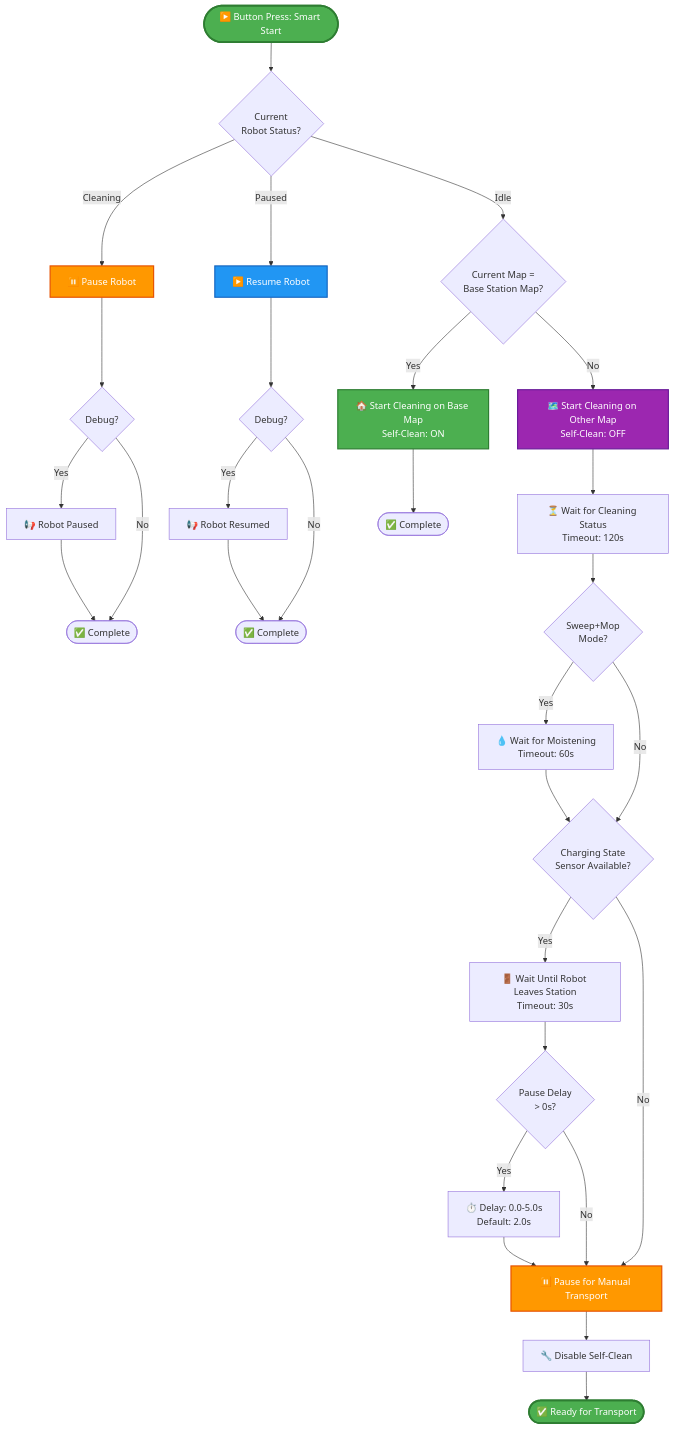
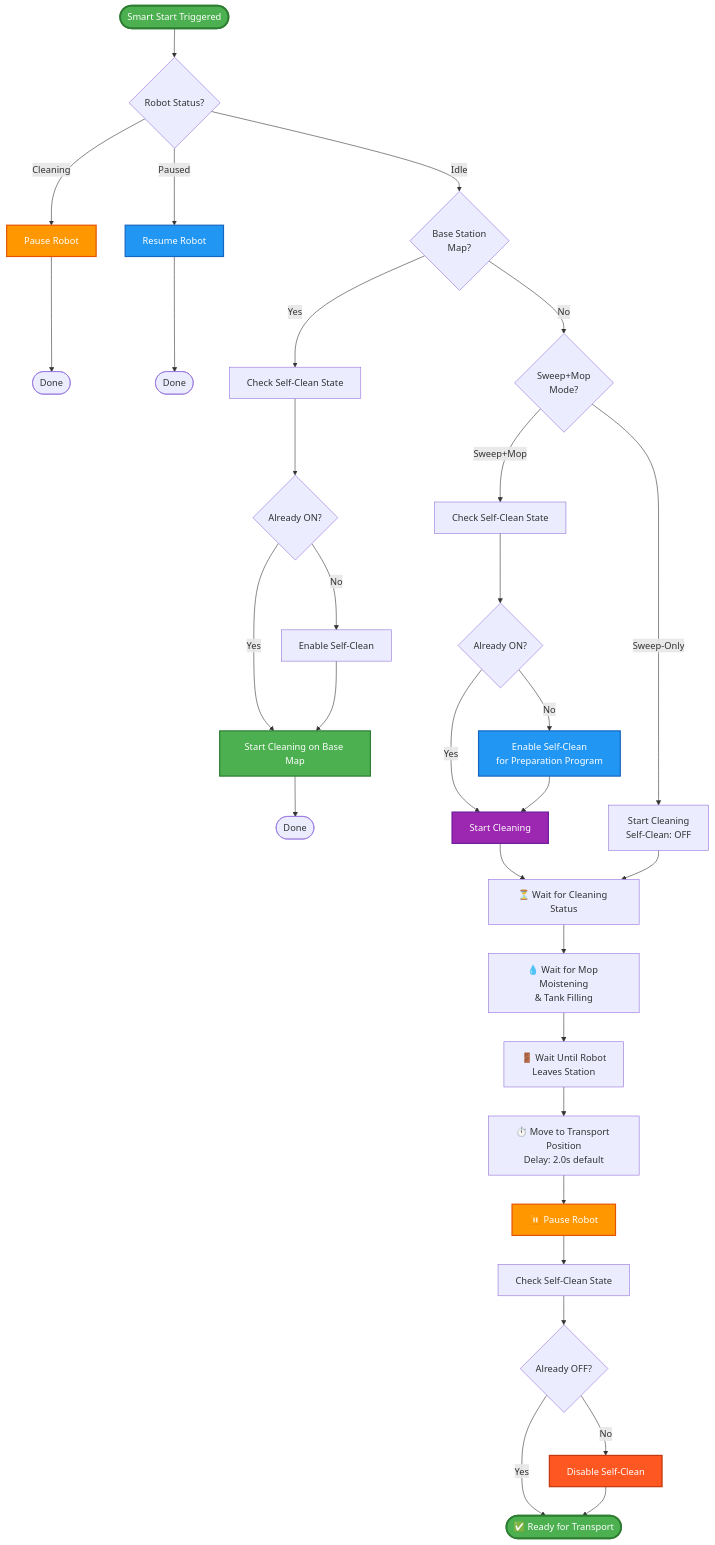
Before and after one commit to errormastern/Dreame_Multifloor_Button_Control: the diagram in README.md, drawn with Mermaid. The commit also changed other lines of this file, not shown here.

````diff
--- a/README.md
+++ b/README.md
@@ -118,50 +92,52 @@
 ```mermaid
 flowchart TD
-    Start([▶️ Button Press: Smart Start]) --> GetStatus{Current<br/>Robot Status?}
+    Start([Smart Start Triggered]) --> GetStatus{Robot Status?}
 
-    GetStatus -->|Cleaning| PauseAction[⏸️ Pause Robot]
-    GetStatus -->|Paused| ResumeAction[▶️ Resume Robot]
-    GetStatus -->|Idle| CheckMap{Current Map =<br/>Base Station Map?}
+    GetStatus -->|Cleaning| Pause[Pause Robot]
+    GetStatus -->|Paused| Resume[Resume Robot]
+    GetStatus -->|Idle| CheckMap{Base Station<br/>Map?}
 
-    PauseAction --> DebugPause{Debug?}
-    ResumeAction --> DebugResume{Debug?}
+    Pause --> End1([Done])
+    Resume --> End2([Done])
 
-    DebugPause -->|Yes| NotifyPause[📢 Robot Paused]
-    DebugPause -->|No| EndPause([✅ Complete])
-    DebugResume -->|Yes| NotifyResume[📢 Robot Resumed]
-    DebugResume -->|No| EndResume([✅ Complete])
+    CheckMap -->|Yes| EnableSelfClean1[Check Self-Clean State]
+    CheckMap -->|No| CheckMode{Sweep+Mop<br/>Mode?}
 
-    NotifyPause --> EndPause
-    NotifyResume --> EndResume
+    EnableSelfClean1 --> SelfCleanOn1{Already ON?}
+    SelfCleanOn1 -->|No| TurnOnSelfClean1[Enable Self-Clean]
+    SelfCleanOn1 -->|Yes| StartBase
+    TurnOnSelfClean1 --> StartBase[Start Cleaning on Base Map]
+    StartBase --> End3([Done])
 
-    CheckMap -->|Yes| StartBase[🏠 Start Cleaning on Base Map<br/>Self-Clean: ON]
-    CheckMap -->|No| StartOther[🗺️ Start Cleaning on Other Map<br/>Self-Clean: OFF]
+    CheckMode -->|Sweep-Only| StartOther[Start Cleaning<br/>Self-Clean: OFF]
+    CheckMode -->|Sweep+Mop| EnableSelfClean2[Check Self-Clean State]
 
-    StartBase --> EndBase([✅ Complete])
-    StartOther --> WaitCleaning[⏳ Wait for Cleaning Status<br/>Timeout: 120s]
+    EnableSelfClean2 --> SelfCleanOn2{Already ON?}
+    SelfCleanOn2 -->|No| TurnOnSelfClean2[Enable Self-Clean<br/>for Preparation Program]
+    SelfCleanOn2 -->|Yes| StartPrep
+    TurnOnSelfClean2 --> StartPrep[Start Cleaning]
 
-    WaitCleaning --> CheckMoisteningNeeded{Sweep+Mop<br/>Mode?}
-    CheckMoisteningNeeded -->|Yes| WaitMoistening[💧 Wait for Moistening<br/>Timeout: 60s]
-    CheckMoisteningNeeded -->|No| CheckUndocking
+    StartPrep --> WaitCleaning[⏳ Wait for Cleaning Status]
+    StartOther --> WaitCleaning
 
-    WaitMoistening --> CheckUndocking{Charging State<br/>Sensor Available?}
+    WaitCleaning --> WaitMoistening[💧 Wait for Mop Moistening<br/>& Tank Filling]
+    WaitMoistening --> WaitUndock[🚪 Wait Until Robot<br/>Leaves Station]
+    WaitUndock --> Delay[⏱️ Move to Transport Position<br/>Delay: 2.0s default]
+    Delay --> PauseRobot[⏸️ Pause Robot]
 
-    CheckUndocking -->|Yes| WaitUndock[🚪 Wait Until Robot Leaves Station<br/>Timeout: 30s]
-    CheckUndocking -->|No| PauseTransport
-
-    WaitUndock --> CheckDelay{Pause Delay<br/>> 0s?}
-    CheckDelay -->|Yes| DelayAction[⏱️ Delay: 0.0-5.0s<br/>Default: 2.0s]
-    CheckDelay -->|No| PauseTransport
-
-    DelayAction --> PauseTransport[⏸️ Pause for Manual Transport]
-    PauseTransport --> DisableSelfClean[🔧 Disable Self-Clean]
-    DisableSelfClean --> EndTransport([✅ Ready for Transport])
+    PauseRobot --> DisableSelfClean[Check Self-Clean State]
+    DisableSelfClean --> SelfCleanOff{Already OFF?}
+    SelfCleanOff -->|No| TurnOffSelfClean[Disable Self-Clean]
+    SelfCleanOff -->|Yes| Ready
+    TurnOffSelfClean --> Ready([✅ Ready for Transport])
 
     style Start fill:#4CAF50,stroke:#2E7D32,stroke-width:3px,color:#fff
-    style PauseAction fill:#FF9800,stroke:#E65100,stroke-width:2px,color:#fff
-    style ResumeAction fill:#2196F3,stroke:#1565C0,stroke-width:2px,color:#fff
+    style Pause fill:#FF9800,stroke:#E65100,stroke-width:2px,color:#fff
+    style Resume fill:#2196F3,stroke:#1565C0,stroke-width:2px,color:#fff
     style StartBase fill:#4CAF50,stroke:#2E7D32,stroke-width:2px,color:#fff
-    style StartOther fill:#9C27B0,stroke:#6A1B9A,stroke-width:2px,color:#fff
-    style PauseTransport fill:#FF9800,stroke:#E65100,stroke-width:2px,color:#fff
-    style EndTransport fill:#4CAF50,stroke:#2E7D32,stroke-width:3px,color:#fff
+    style StartPrep fill:#9C27B0,stroke:#6A1B9A,stroke-width:2px,color:#fff
+    style PauseRobot fill:#FF9800,stroke:#E65100,stroke-width:2px,color:#fff
+    style Ready fill:#4CAF50,stroke:#2E7D32,stroke-width:3px,color:#fff
+    style TurnOnSelfClean2 fill:#2196F3,stroke:#1565C0,stroke-width:2px,color:#fff
+    style TurnOffSelfClean fill:#FF5722,stroke:#BF360C,stroke-width:2px,color:#fff
 ```
````
